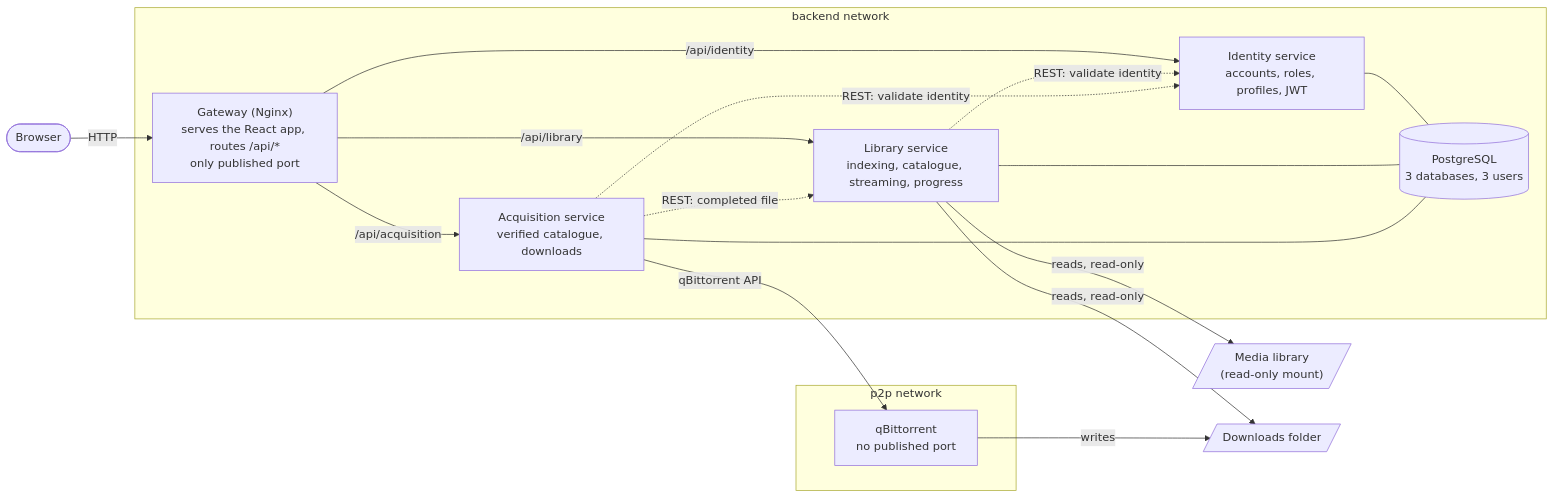
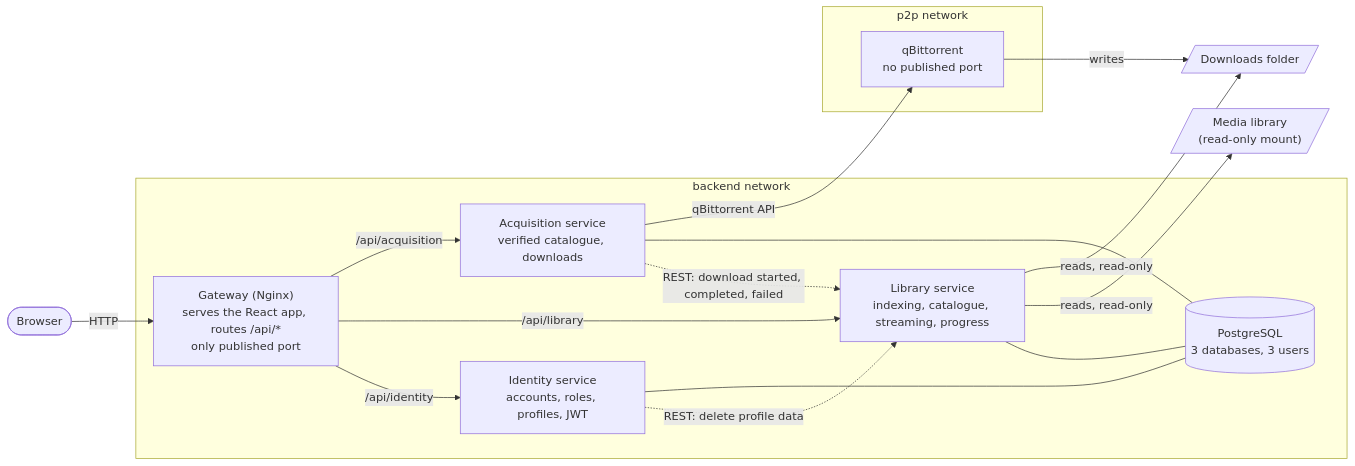
One commit to ClaymeCall/holbertonschool-homeflix-project changed the diagram in docs/architecture/overview.md. Above: the diagram before and after it, drawn with Mermaid. The commit also changed other lines of this file, not shown here.

Commit message:
docs: align the architecture overview with the consistency rules
Remove the two identity validation arrows, add the call from identity
to the library, name the acquisition calls, correct the direction in
the honest limits and mention the internal paths of ADR-0022.

````diff
--- a/docs/architecture/overview.md
+++ b/docs/architecture/overview.md
@@ -7,37 +7,36 @@
 ```mermaid
 flowchart LR
     browser([Browser])
 
     subgraph backend [backend network]
         gateway["Gateway (Nginx)<br/>serves the React app, routes /api/*<br/>only published port"]
         identity["Identity service<br/>accounts, roles, profiles, JWT"]
         library["Library service<br/>indexing, catalogue, streaming, progress"]
         acquisition["Acquisition service<br/>verified catalogue, downloads"]
         postgres[("PostgreSQL<br/>3 databases, 3 users")]
     end
 
     subgraph p2p [p2p network]
         qbit["qBittorrent<br/>no published port"]
     end
 
     media[/"Media library<br/>(read-only mount)"/]
     downloads[/"Downloads folder"/]
 
     browser -->|HTTP| gateway
     gateway -->|/api/identity| identity
     gateway -->|/api/library| library
     gateway -->|/api/acquisition| acquisition
 
-    acquisition -.->|REST: completed file| library
-    library -.->|REST: validate identity| identity
-    acquisition -.->|REST: validate identity| identity
+    acquisition -.->|REST: download started, completed, failed| library
+    identity -.->|REST: delete profile data| library
 
     identity --- postgres
     library --- postgres
     acquisition --- postgres
 
     acquisition -->|qBittorrent API| qbit
     qbit -->|writes| downloads
     library -->|reads, read-only| media
     library -->|reads, read-only| downloads
 ```
````
